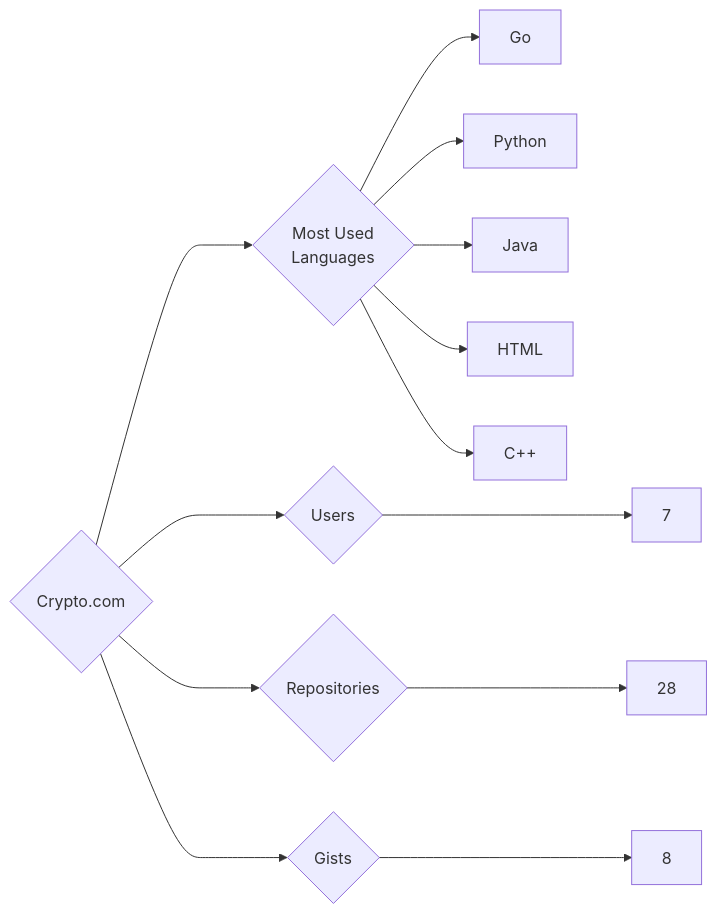
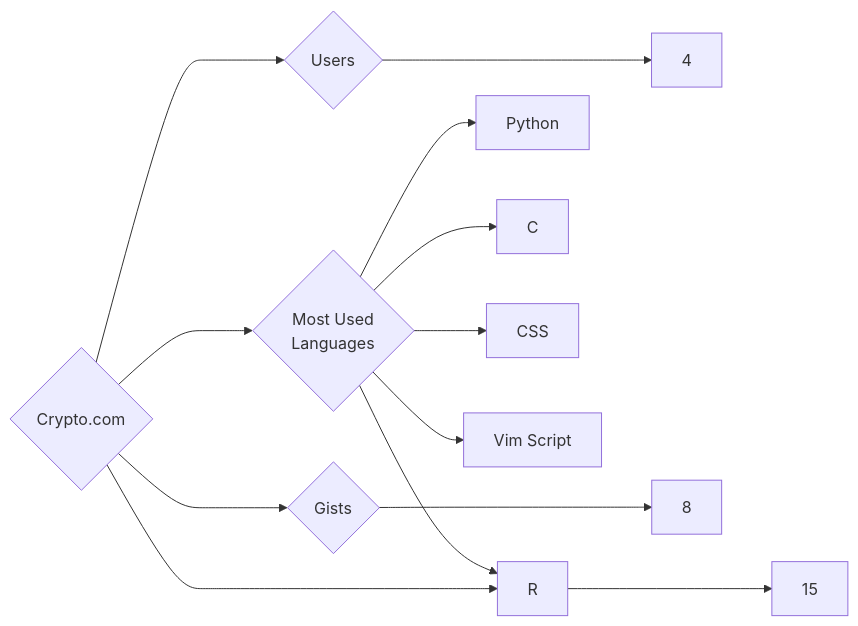
One commit to trickest/insiders changed the diagram in targets/Crypto.com/README.md. Above: the diagram before and after it, drawn with Mermaid. The commit also changed 783 other files, not shown here.

````diff
--- a/targets/Crypto.com/README.md
+++ b/targets/Crypto.com/README.md
@@ -3,13 +3,13 @@
 ```mermaid
 graph LR
 COMPANY_NAME{Crypto.com}
-COMPANY_NAME ---> U{Users} ---> UN[7]
-COMPANY_NAME ---> R{Repositories} ---> RN[28]
+COMPANY_NAME ---> U{Users} ---> UN[4]
+COMPANY_NAME ---> R{Repositories} ---> RN[15]
 COMPANY_NAME ---> G{Gists} ---> GN[8]
 COMPANY_NAME ---> ML{Most Used<br>Languages}
-ML --> Go[Go]
 ML --> Python[Python]
-ML --> Java[Java]
-ML --> HTML[HTML]
-ML --> C++[C++]
+ML --> C[C]
+ML --> R[R]
+ML --> CSS[CSS]
+ML --> Vim_Script[Vim Script]
 ```
````
